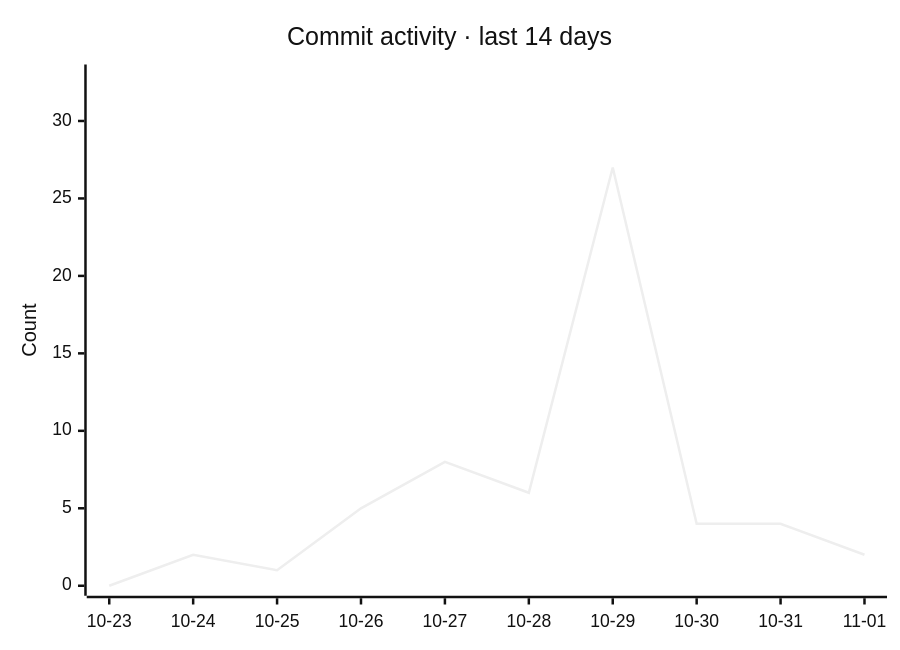
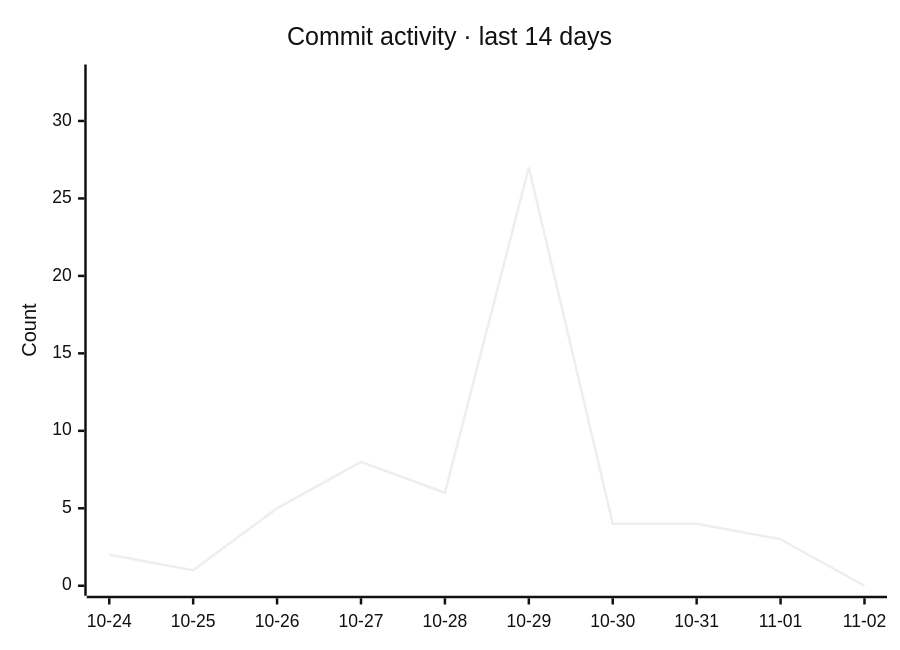
The second of 2 diagrams in README.md (razzaqinspires/whiskay-bot), drawn with Mermaid (neutral theme) before and after one commit. The commit also changed other lines of this file and 2 other files, not shown here.

````diff
--- a/README.md
+++ b/README.md
@@ -329,7 +329,7 @@
 ```mermaid
 xychart-beta
     title "Commit activity · last 14 days"
-    x-axis ["10-23", "10-24", "10-25", "10-26", "10-27", "10-28", "10-29", "10-30", "10-31", "11-01"]
+    x-axis ["10-24", "10-25", "10-26", "10-27", "10-28", "10-29", "10-30", "10-31", "11-01", "11-02"]
     y-axis "Count" 0 --> 33
-    line [0, 2, 1, 5, 8, 6, 27, 4, 4, 2]
+    line [2, 1, 5, 8, 6, 27, 4, 4, 3, 0]
 ```
````
